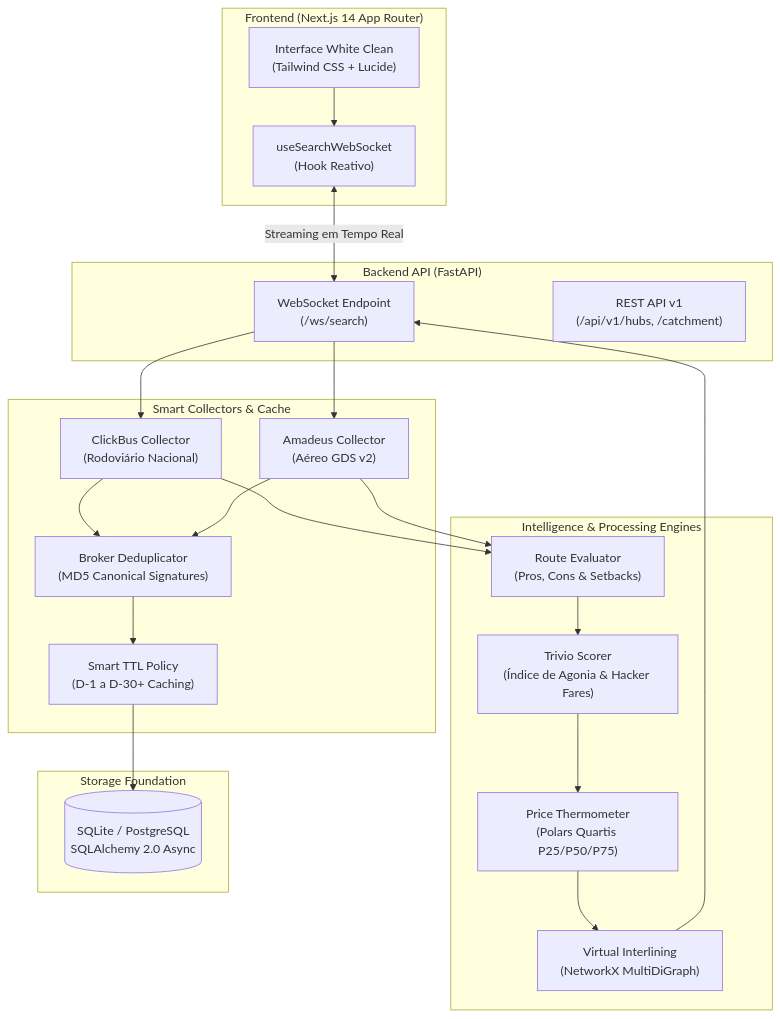
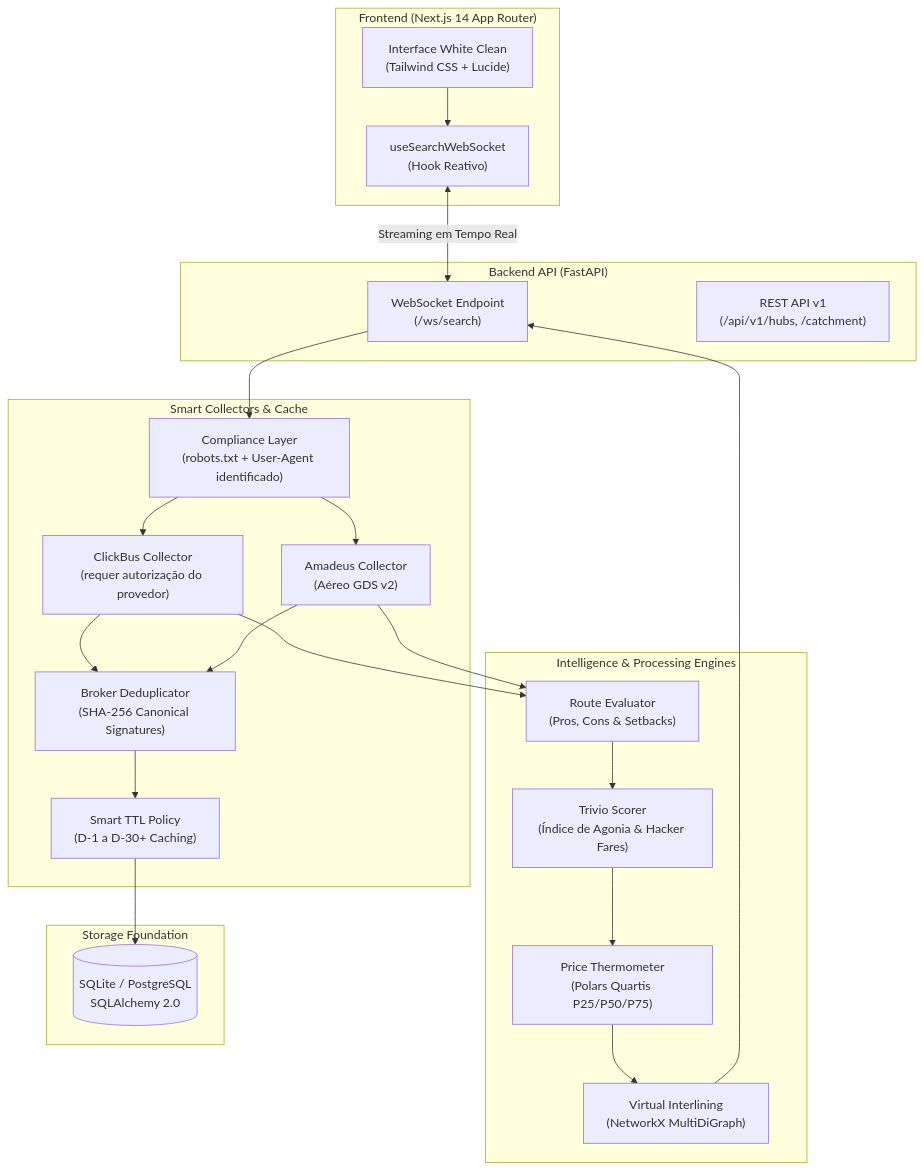
Before and after one commit to gabrieltxr/trivio: the diagram in README.md, drawn with Mermaid. The commit also changed other lines of this file and 44 other files, not shown here.

````diff
--- a/README.md
+++ b/README.md
@@ -26,43 +26,45 @@
 ```mermaid
 flowchart TD
     subgraph Frontend["Frontend (Next.js 14 App Router)"]
         UI["Interface White Clean\n(Tailwind CSS + Lucide)"]
         WSClient["useSearchWebSocket\n(Hook Reativo)"]
     end
 
     subgraph API["Backend API (FastAPI)"]
         WS["WebSocket Endpoint\n(/ws/search)"]
         REST["REST API v1\n(/api/v1/hubs, /catchment)"]
     end
 
     subgraph Engines["Intelligence & Processing Engines"]
         Evaluator["Route Evaluator\n(Pros, Cons & Setbacks)"]
         Scorer["Trivio Scorer\n(Índice de Agonia & Hacker Fares)"]
         Thermometer["Price Thermometer\n(Polars Quartis P25/P50/P75)"]
         Interliner["Virtual Interlining\n(NetworkX MultiDiGraph)"]
     end
 
     subgraph Collectors["Smart Collectors & Cache"]
-        ClickBus["ClickBus Collector\n(Rodoviário Nacional)"]
+        Compliance["Compliance Layer\n(robots.txt + User-Agent identificado)"]
+        ClickBus["ClickBus Collector\n(requer autorização do provedor)"]
         Amadeus["Amadeus Collector\n(Aéreo GDS v2)"]
-        Deduplicator["Broker Deduplicator\n(MD5 Canonical Signatures)"]
+        Deduplicator["Broker Deduplicator\n(SHA-256 Canonical Signatures)"]
         TTLPolicy["Smart TTL Policy\n(D-1 a D-30+ Caching)"]
     end
 
     subgraph Storage["Storage Foundation"]
-        DB[(SQLite / PostgreSQL\nSQLAlchemy 2.0 Async)]
+        DB[(SQLite / PostgreSQL\nSQLAlchemy 2.0)]
     end
 
     UI --> WSClient
     WSClient <-->|Streaming em Tempo Real| WS
-    WS --> ClickBus
-    WS --> Amadeus
+    WS --> Compliance
+    Compliance --> ClickBus
+    Compliance --> Amadeus
     ClickBus & Amadeus --> Deduplicator
     Deduplicator --> TTLPolicy
     TTLPolicy --> DB
     ClickBus & Amadeus --> Evaluator
     Evaluator --> Scorer
     Scorer --> Thermometer
     Thermometer --> Interliner
     Interliner --> WS
 ```
````
